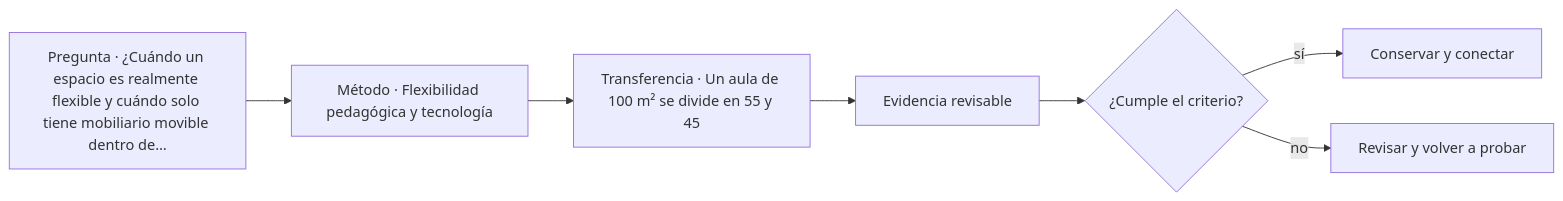
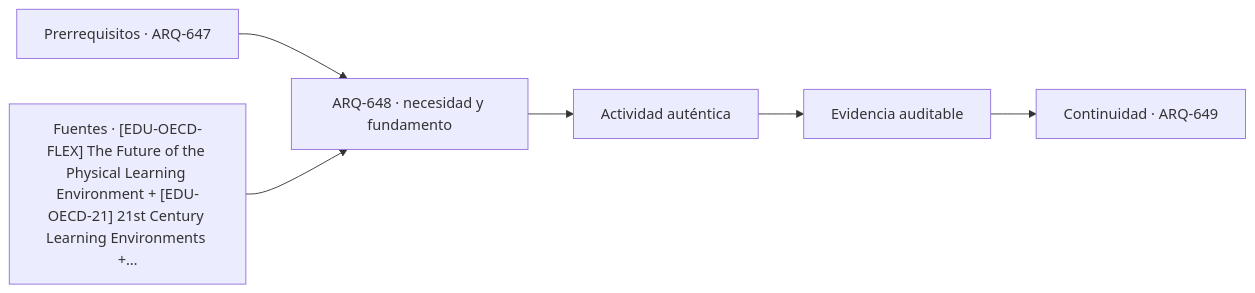
One commit to vladimiracunadev-create/architecture-built-environment-learning-program changed the diagram in classes/parte-65/ARQ-648.md. Above: the diagram before and after it, drawn with Mermaid. The commit also changed other lines of this file and 761 other files, not shown here.

````diff
--- a/classes/parte-65/ARQ-648.md
+++ b/classes/parte-65/ARQ-648.md
@@ -66,9 +78,8 @@
 ```mermaid
 flowchart LR
-    Q["Pregunta · ¿Cuándo un espacio es realmente flexible y cuándo solo tiene mobiliario movible dentro de…"] --> M["Método · Flexibilidad pedagógica y tecnología"]
-    M --> P["Transferencia · Un aula de 100 m² se divide en 55 y 45"]
-    P --> E["Evidencia revisable"]
-    E --> C{"¿Cumple el criterio?"}
-    C -->|sí| T["Conservar y conectar"]
-    C -->|no| R["Revisar y volver a probar"]
+    A["Prerrequisitos · ARQ-647"] --> B["ARQ-648 · necesidad y fundamento"]
+    S["Fuentes · [EDU-OECD-FLEX] The Future of the Physical Learning Environment + [EDU-OECD-21] 21st Century Learning Environments +…"] --> B
+    B --> C["Actividad auténtica"]
+    C --> D["Evidencia auditable"]
+    D --> E["Continuidad · ARQ-649"]
 ```
````
